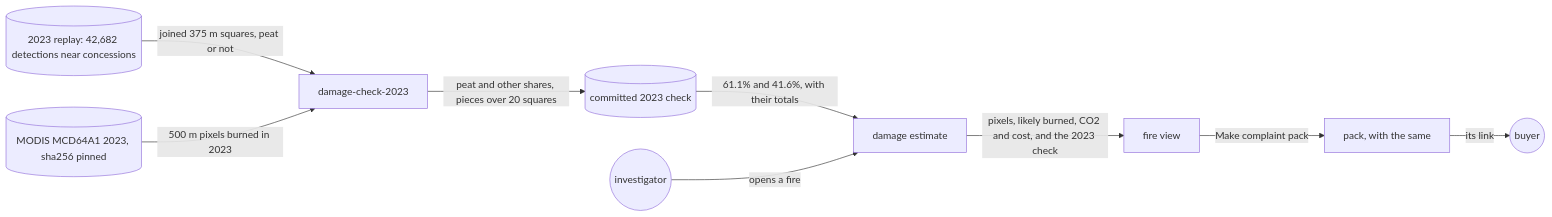
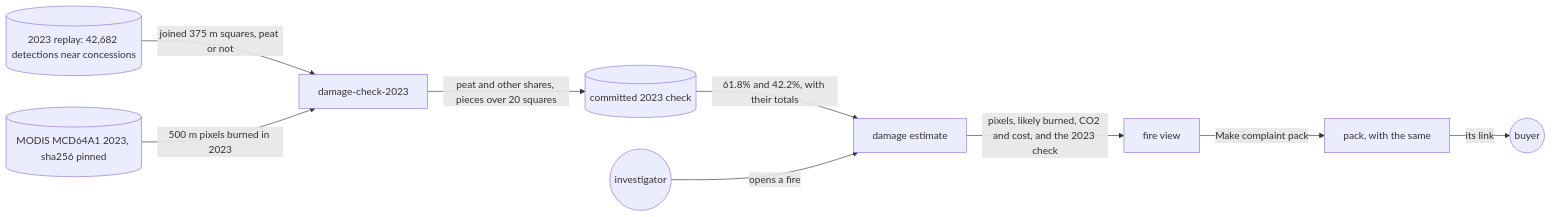
The first of 5 diagrams in docs/specs/damage-check.md (dzaffren/fire-watch), drawn with Mermaid before and after one commit. The commit also changed other lines of this file, not shown here.

First line of the commit message:
docs(spec): record damage-check's build, mark it built

````diff
--- a/docs/specs/damage-check.md
+++ b/docs/specs/damage-check.md
@@ -71,11 +77,11 @@
 ```mermaid
 flowchart LR
     R[("2023 replay: 42,682 detections near concessions")] -- "joined 375 m squares, peat or not" --> K[damage-check-2023]
     M[("MODIS MCD64A1 2023, sha256 pinned")] -- "500 m pixels burned in 2023" --> K
     K -- "peat and other shares, pieces over 20 squares" --> S[("committed 2023 check")]
-    S -- "61.1% and 41.6%, with their totals" --> E[damage estimate]
+    S -- "61.8% and 42.2%, with their totals" --> E[damage estimate]
     I((investigator)) -- "opens a fire" --> E
     E -- "pixels, likely burned, CO2 and cost, and the 2023 check" --> V[fire view]
     V -- "Make complaint pack" --> P[pack, with the same]
     P -- "its link" --> B((buyer))
 ```
````
